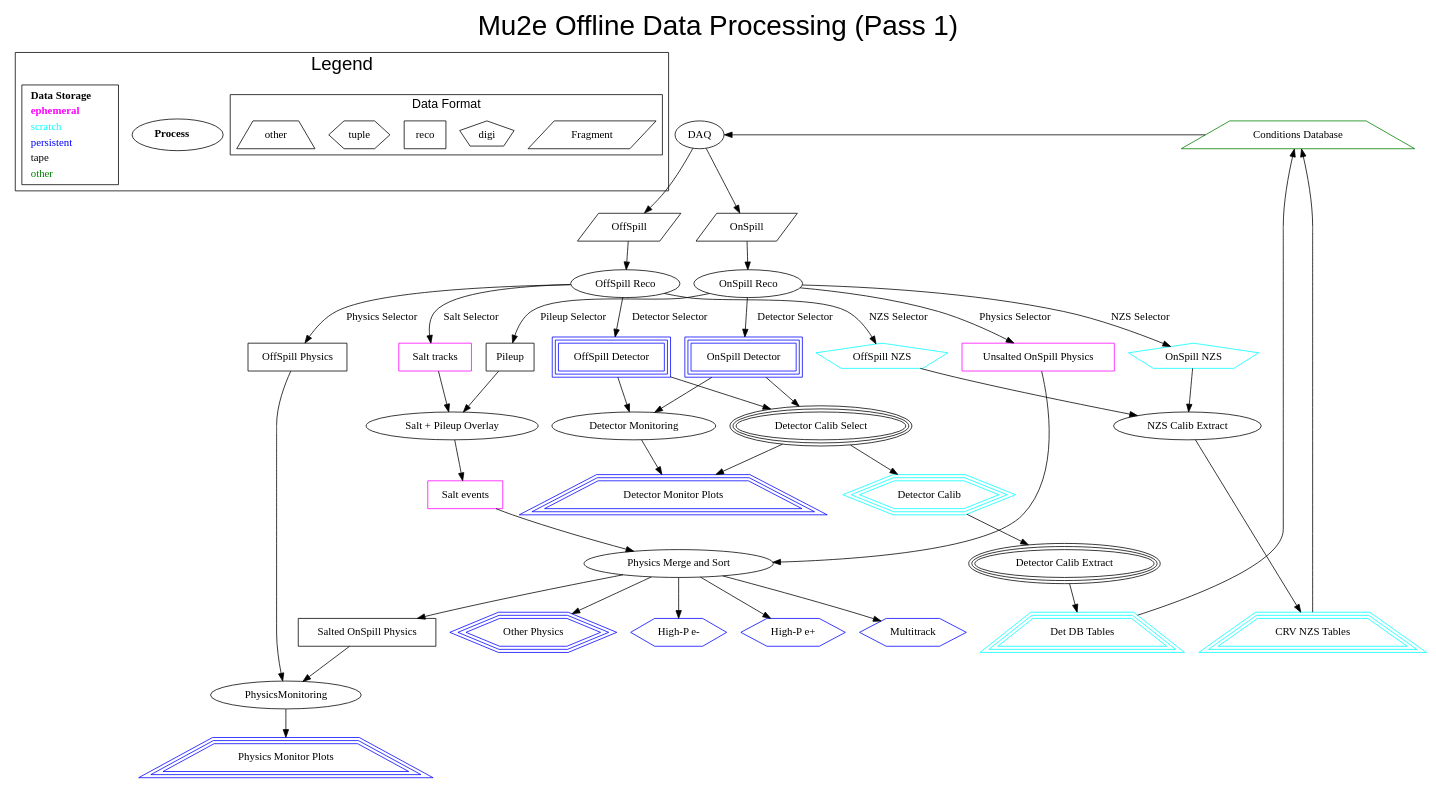
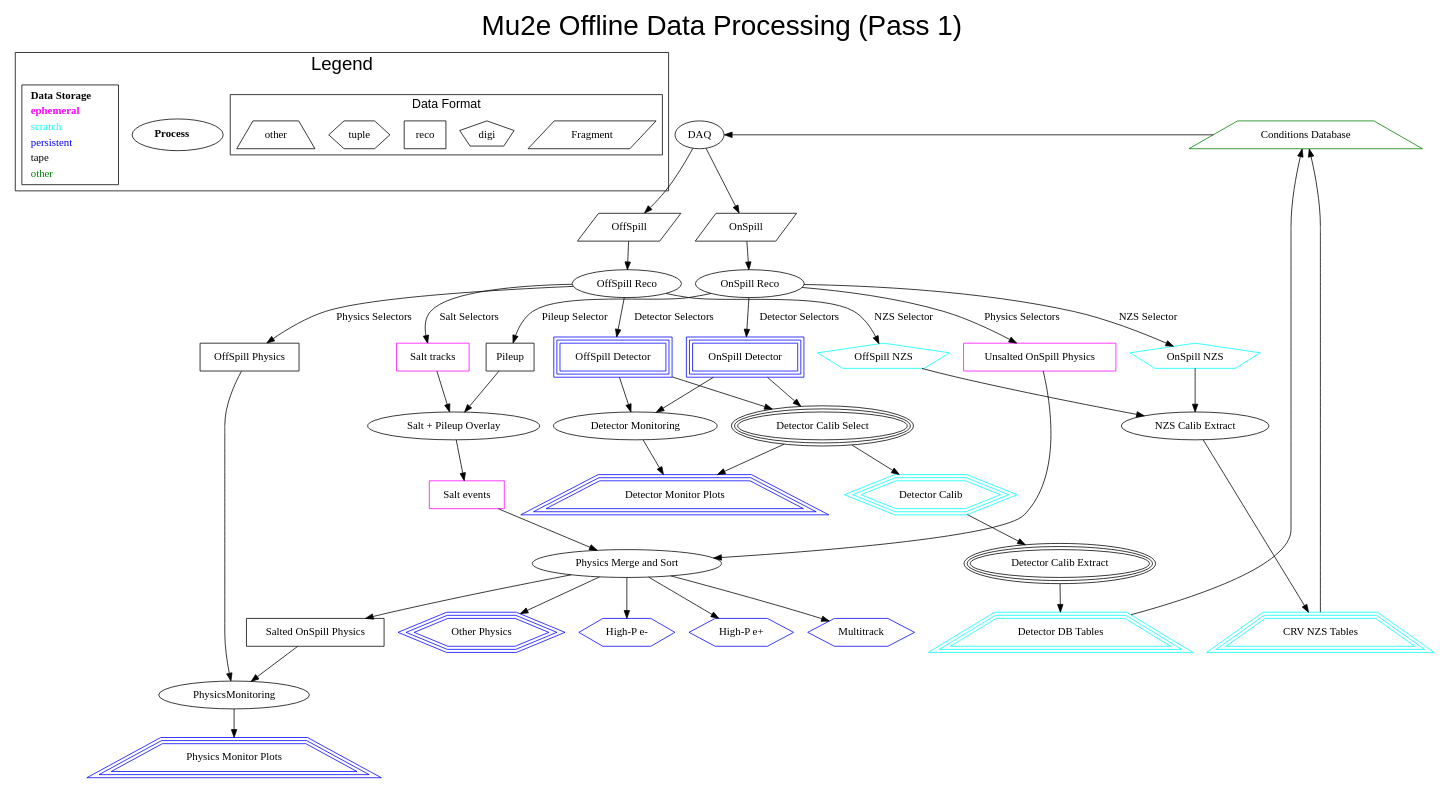
Before and after one commit to sophiemiddleton/Production: the diagram in JobConfig/doc/pass1.dot, drawn with Graphviz.

```diff
--- a/JobConfig/doc/pass1.dot
+++ b/JobConfig/doc/pass1.dot
@@ -155,7 +155,7 @@
   ];
 
   DetDBTable [
-    label="Det DB Tables",
+    label="Detector DB Tables",
     shape=trapezium,
     peripheries=3,
     color=cyan
@@ -221,14 +221,14 @@
   OnSpillFragments  -> OnSpillReco;
 
   // ejc: no offSpill ``physics'' sample here?
-  OffSpillReco -> OffSpillPhysics [label="Physics Selector"];
-  OffSpillReco -> SaltTracks [label="Salt Selector" ];
-  OffSpillReco -> OffSpillDetectorCalib [label="Detector Selector"];
+  OffSpillReco -> OffSpillPhysics [label="Physics Selectors"];
+  OffSpillReco -> SaltTracks [label="Salt Selectors" ];
+  OffSpillReco -> OffSpillDetectorCalib [label="Detector Selectors"];
   OffSpillReco -> OffSpillNZS [label="NZS Selector"];
 
-  OnSpillReco -> OnSpillUnsalted [label="Physics Selector"];
+  OnSpillReco -> OnSpillUnsalted [label="Physics Selectors"];
   OnSpillReco -> Pileup [label="Pileup Selector"];
-  OnSpillReco -> OnSpillDetectorCalib [label="Detector Selector"];
+  OnSpillReco -> OnSpillDetectorCalib [label="Detector Selectors"];
   OnSpillReco -> OnSpillNZS [label="NZS Selector"];
 
   OffSpillDetectorCalib    -> DetectorCalibSelect;
```
